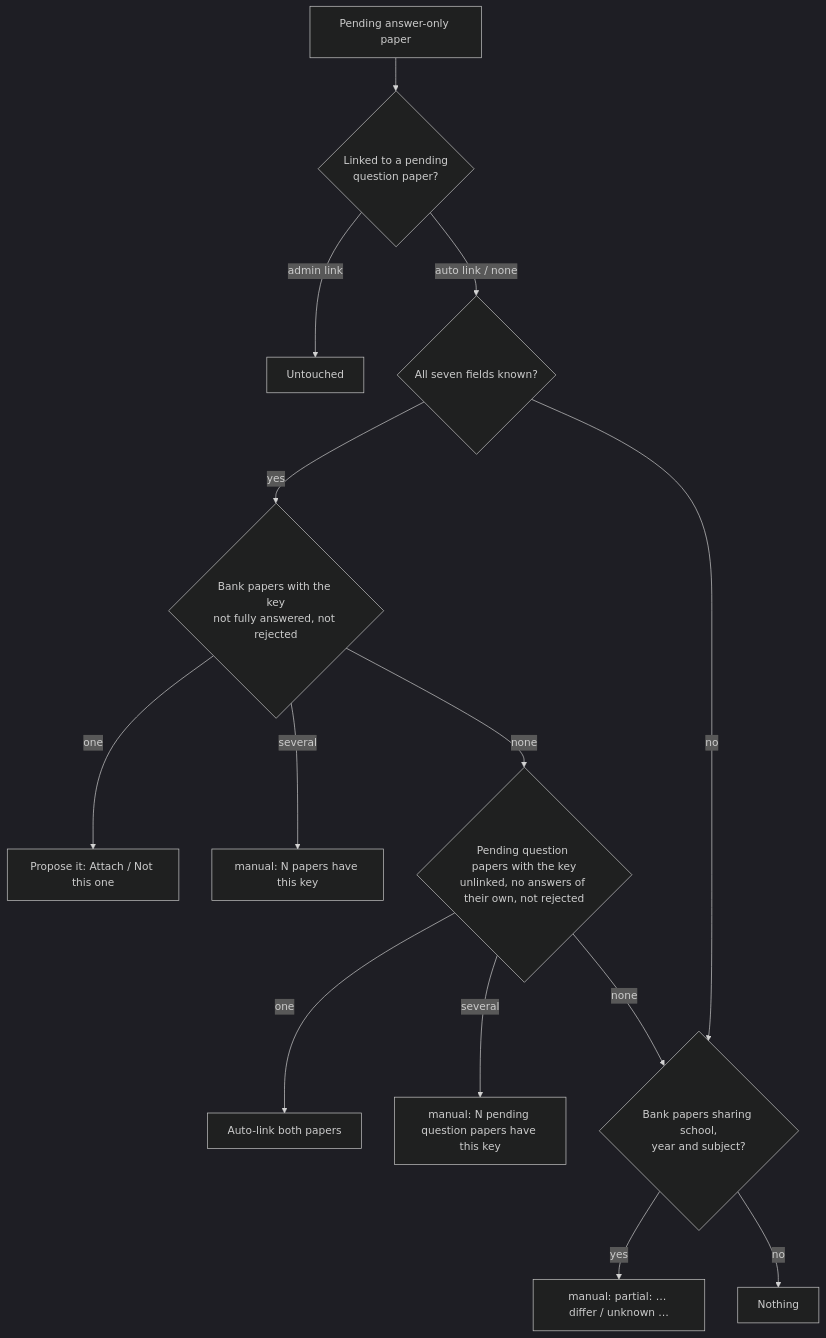
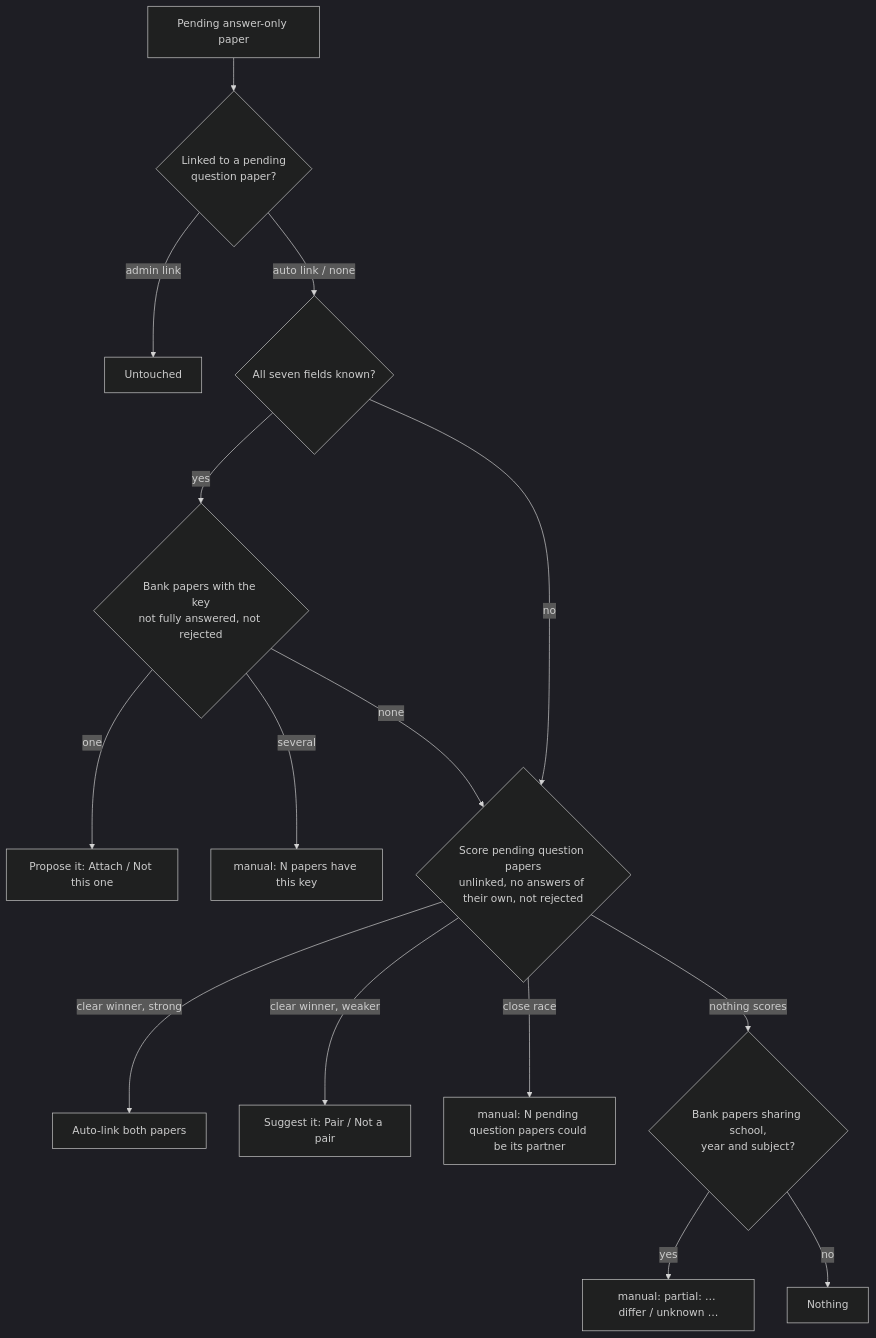
The diagram in docs/features/qa-pairing.md (billyhoce/PilloraQuestionBank), drawn with Mermaid (dark theme) before and after one commit. The commit also changed other lines of this file and 34 other files, not shown here.

````diff
--- a/docs/features/qa-pairing.md
+++ b/docs/features/qa-pairing.md
@@ -110,16 +123,17 @@
 ```mermaid
 flowchart TD
   A[Pending answer-only paper] --> L{Linked to a pending<br/>question paper?}
   L -- "admin link" --> K[Untouched]
   L -- "auto link / none" --> F{All seven fields known?}
   F -- yes --> B{Bank papers with the key<br/>not fully answered, not rejected}
   B -- one --> P[Propose it: Attach / Not this one]
   B -- several --> M1["manual: N papers have this key"]
-  B -- none --> Q{Pending question papers with the key<br/>unlinked, no answers of their own, not rejected}
-  Q -- one --> AL[Auto-link both papers]
-  Q -- several --> M2["manual: N pending question papers have this key"]
-  Q -- none --> PA
-  F -- no --> PA{Bank papers sharing school,<br/>year and subject?}
+  B -- none --> S
+  F -- no --> S{Score pending question papers<br/>unlinked, no answers of their own, not rejected}
+  S -- "clear winner, strong" --> AL[Auto-link both papers]
+  S -- "clear winner, weaker" --> SG[Suggest it: Pair / Not a pair]
+  S -- "close race" --> M2["manual: N pending question papers could be its partner"]
+  S -- "nothing scores" --> PA{Bank papers sharing school,<br/>year and subject?}
   PA -- yes --> M3["manual: partial: … differ / unknown …"]
   PA -- no --> N[Nothing]
 ```
````
